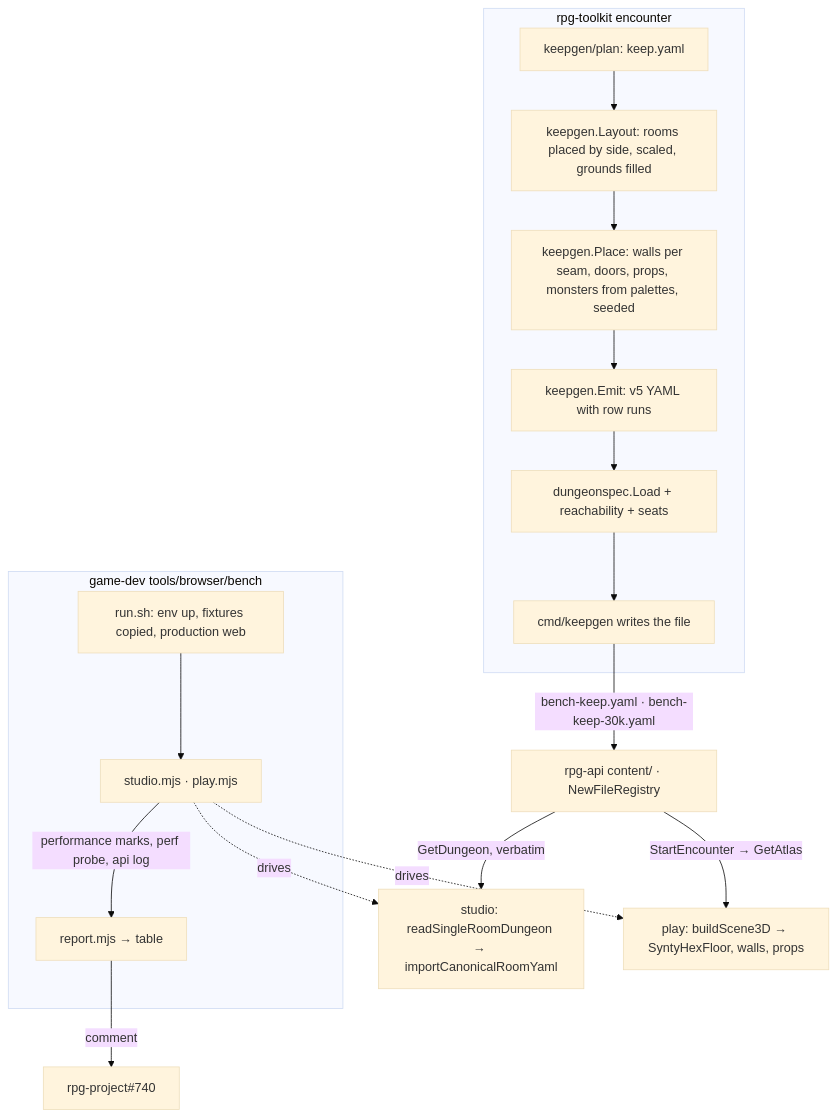
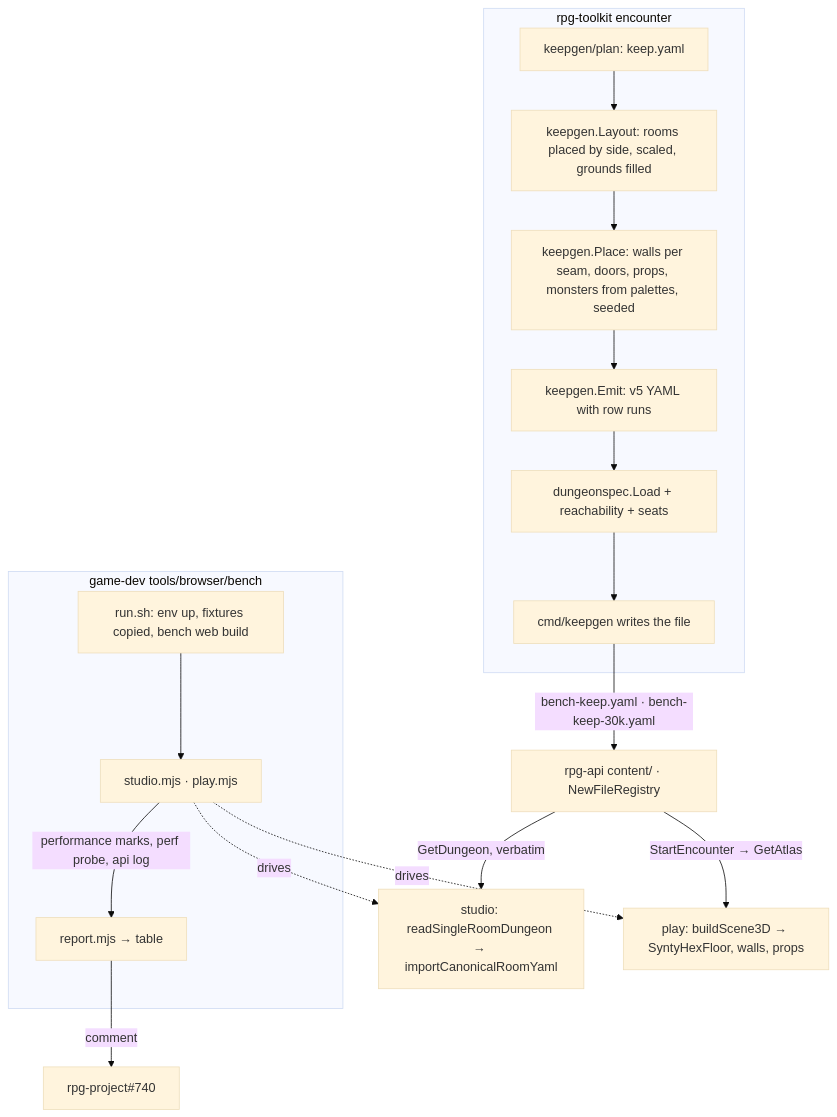
One commit to KirkDiggler/rpg-project changed the diagram in ideas/benchmark-keep/README.md. Above: the diagram before and after it, drawn with Mermaid (base theme). The commit also changed other lines of this file and 2 other files, not shown here.

First line of the commit message:
design(benchmark-keep): closing round — bench gates narrowed to the harness's, stale production/O2/G9 text, wall asset named (G13)

````diff
--- a/ideas/benchmark-keep/README.md
+++ b/ideas/benchmark-keep/README.md
@@ -20,20 +20,20 @@
 ```mermaid
 flowchart TB
     subgraph toolkit [rpg-toolkit encounter]
         Plan[keepgen/plan: keep.yaml] --> Layout[keepgen.Layout: rooms placed by side, scaled, grounds filled]
         Layout --> Place[keepgen.Place: walls per seam, doors, props, monsters from palettes, seeded]
         Place --> Emit[keepgen.Emit: v5 YAML with row runs]
         Emit --> Prove[dungeonspec.Load + reachability + seats]
         Prove --> Cmd[cmd/keepgen writes the file]
     end
     Cmd -->|bench-keep.yaml · bench-keep-30k.yaml| Shelf[rpg-api content/ · NewFileRegistry]
     Shelf -->|GetDungeon, verbatim| Open[studio: readSingleRoomDungeon → importCanonicalRoomYaml]
     Shelf -->|StartEncounter → GetAtlas| Scene[play: buildScene3D → SyntyHexFloor, walls, props]
     subgraph gamedev [game-dev tools/browser/bench]
-        Run[run.sh: env up, fixtures copied, production web] --> Drive[studio.mjs · play.mjs]
+        Run[run.sh: env up, fixtures copied, bench web build] --> Drive[studio.mjs · play.mjs]
         Drive -->|performance marks, perf probe, api log| Report[report.mjs → table]
     end
     Drive -.drives.-> Open
     Drive -.drives.-> Scene
     Report -->|comment| Story[rpg-project#740]
 ```
````
